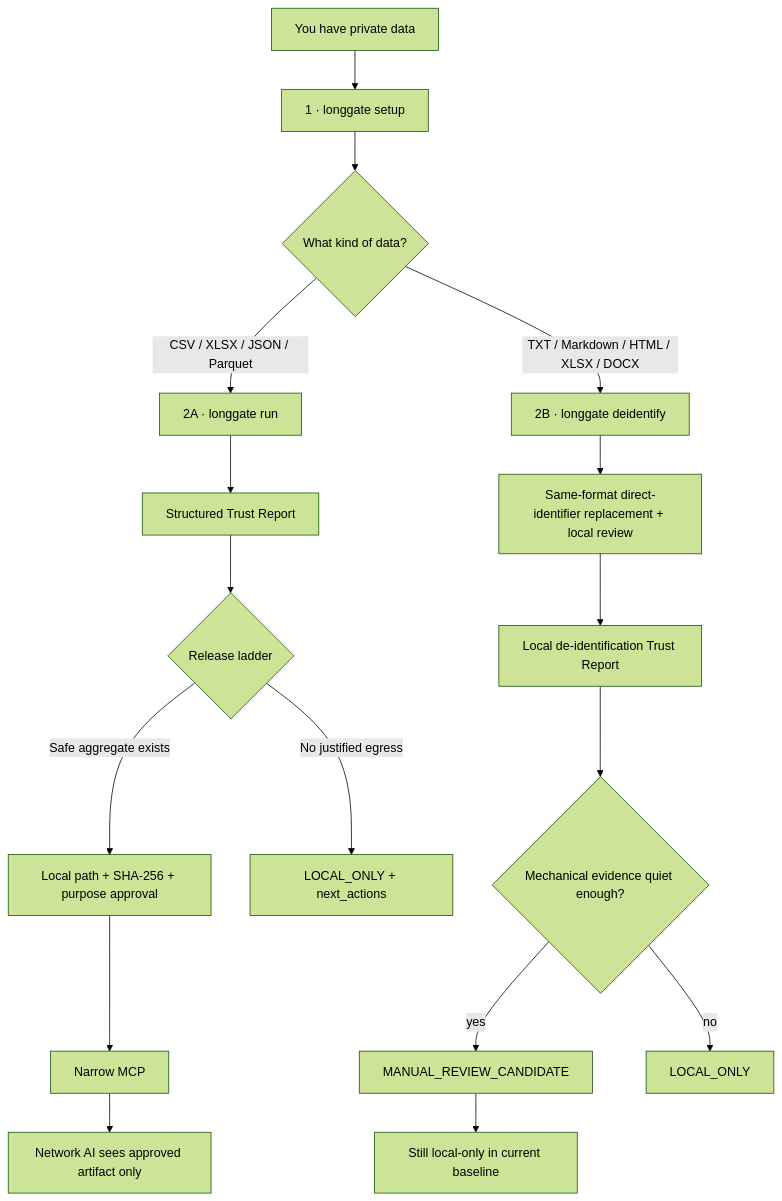
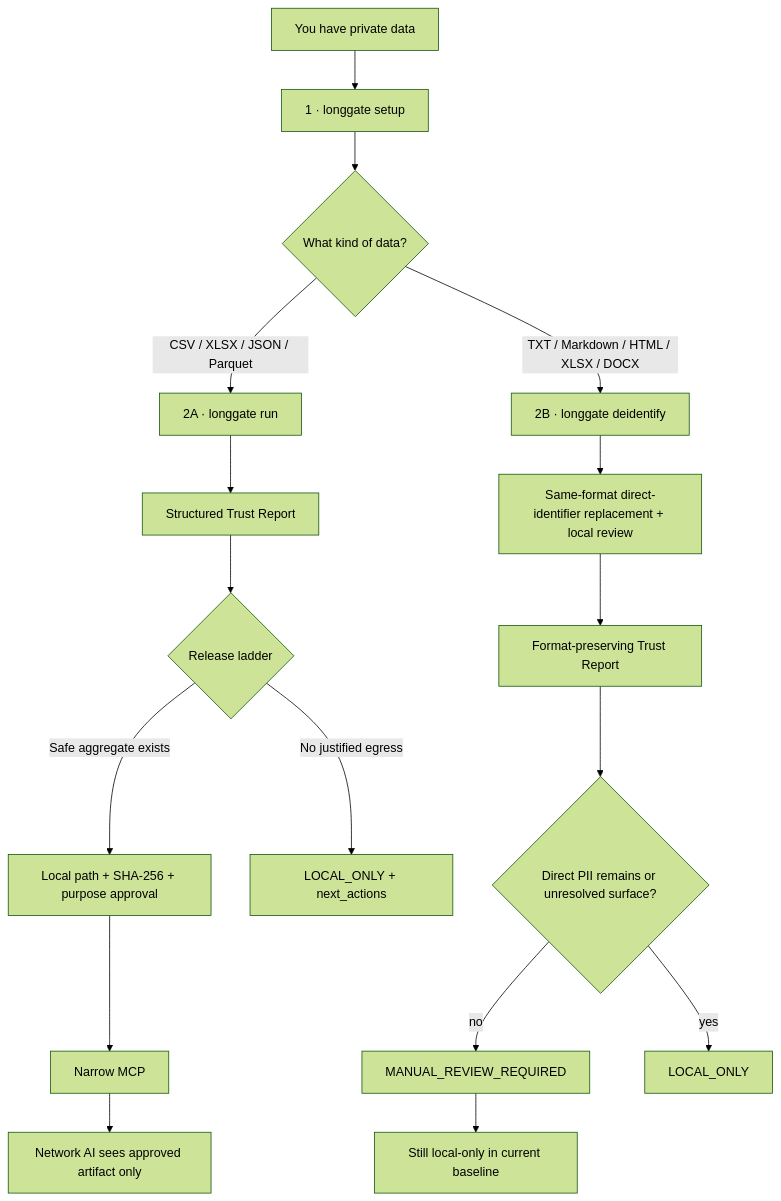
One commit to CochraneK/long-gate changed the first of 2 diagrams in README.md. Above: the diagram before and after it, drawn with Mermaid (forest theme). The commit also changed other lines of this file and 13 other files, not shown here.

````diff
--- a/README.md
+++ b/README.md
@@ -101,21 +101,21 @@
 ```mermaid
 flowchart TD
     START["You have private data"] --> SETUP["1 · longgate setup"]
     SETUP --> KIND{"What kind of data?"}
 
     KIND -->|"CSV / XLSX / JSON / Parquet"| TABLE["2A · longgate run"]
     TABLE --> TREPORT["Structured Trust Report"]
     TREPORT --> LADDER{"Release ladder"}
     LADDER -->|"Safe aggregate exists"| APPROVE["Local path + SHA-256 + purpose approval"]
     APPROVE --> MCP["Narrow MCP"]
     MCP --> CLOUD["Network AI sees approved artifact only"]
     LADDER -->|"No justified egress"| LOCAL1["LOCAL_ONLY + next_actions"]
 
     KIND -->|"TXT / Markdown / HTML / XLSX / DOCX"| SEM["2B · longgate deidentify"]
     SEM --> LOOP["Same-format direct-identifier replacement + local review"]
-    LOOP --> SREPORT["Local de-identification Trust Report"]
-    SREPORT --> REVIEW{"Mechanical evidence quiet enough?"}
-    REVIEW -->|"yes"| HUMAN["MANUAL_REVIEW_CANDIDATE"]
-    REVIEW -->|"no"| LOCAL2["LOCAL_ONLY"]
+    LOOP --> SREPORT["Format-preserving Trust Report"]
+    SREPORT --> REVIEW{"Direct PII remains or unresolved surface?"}
+    REVIEW -->|"no"| HUMAN["MANUAL_REVIEW_REQUIRED"]
+    REVIEW -->|"yes"| LOCAL2["LOCAL_ONLY"]
     HUMAN --> HOLD["Still local-only in current baseline"]
 ```
````
